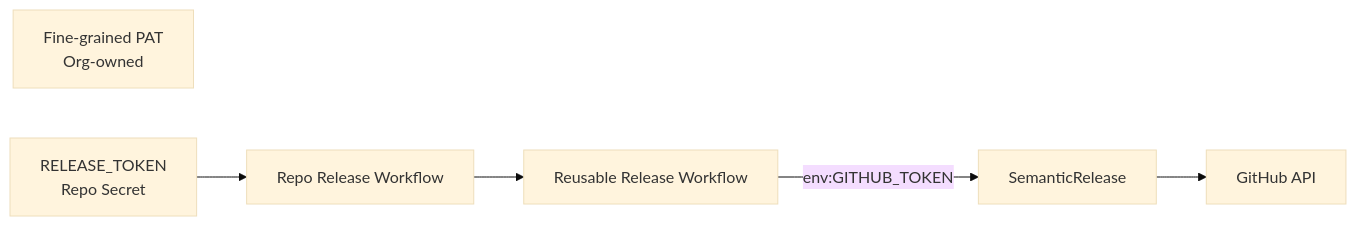
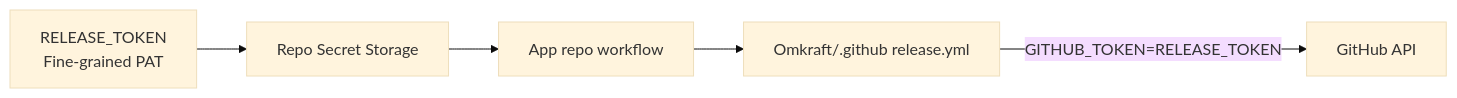
One commit to Omkraft/.github changed the diagram in docs/architecture/secrets-flow.md. Above: the diagram before and after it, drawn with Mermaid (base theme). The commit also changed other lines of this file and 22 other files, not shown here.

````diff
--- a/docs/architecture/secrets-flow.md
+++ b/docs/architecture/secrets-flow.md
@@ -6,12 +6,13 @@
 ```mermaid
 flowchart LR
-    PAT[Fine-grained PAT<br/>Org-owned]
-    Secret[RELEASE_TOKEN<br/>Repo Secret]
+    Token[RELEASE_TOKEN\nFine-grained PAT]
+    RepoSecret[Repo Secret Storage]
+    Caller[App repo workflow]
+    Reusable[Omkraft/.github release.yml]
+    GH[GitHub API]
 
-    Secret --> CallerWF[Repo Release Workflow]
-    CallerWF --> ReusableWF[Reusable Release Workflow]
-
-    ReusableWF -->|env:GITHUB_TOKEN| SemanticRelease
-
-    SemanticRelease --> GitHubAPI[GitHub API]
+    Token --> RepoSecret
+    RepoSecret --> Caller
+    Caller --> Reusable
+    Reusable -->|GITHUB_TOKEN=RELEASE_TOKEN| GH
 ```
````
